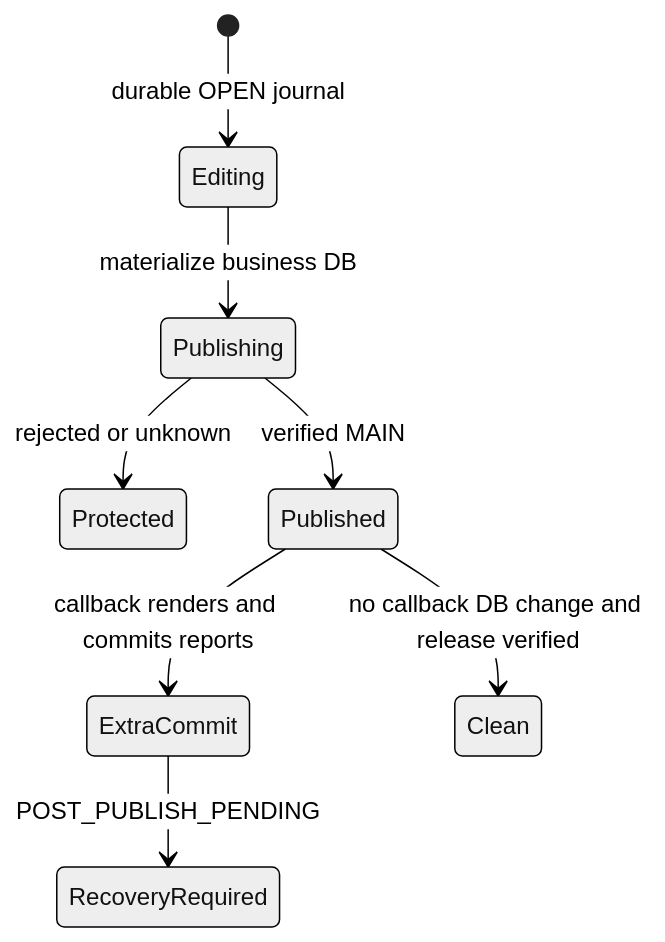
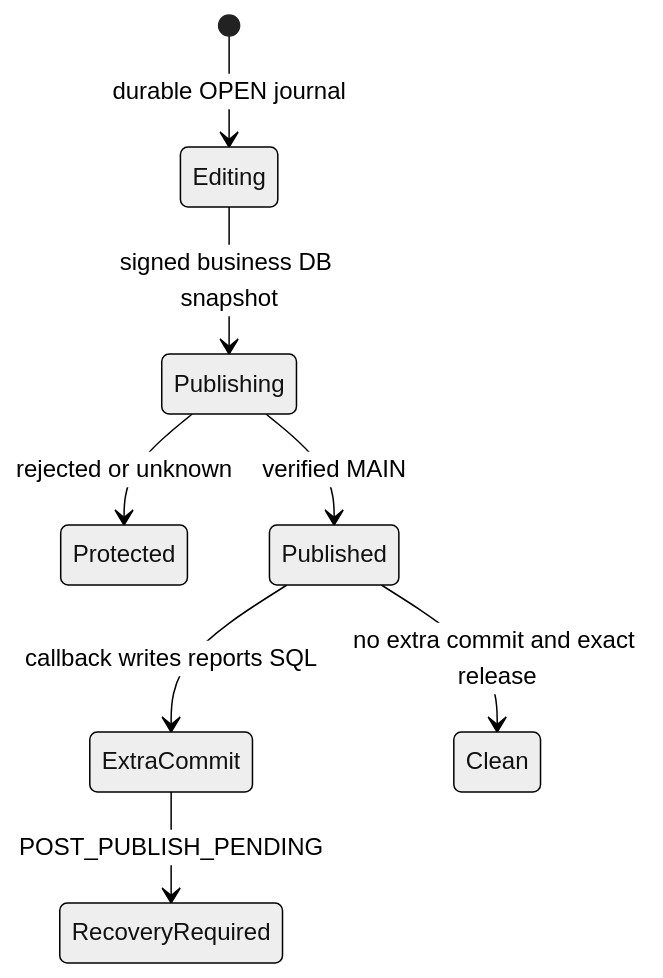
One commit to AnNguyenHoai/Antechkid_Management changed the first of 2 diagrams in CenterManager/docs/collaboration/E1B2A_POST_PUBLISH_DATA_CONSISTENCY.md. Above: the diagram before and after it, drawn with Mermaid (neutral theme). The commit also changed other lines of this file and 13 other files, not shown here.

````diff
--- a/CenterManager/docs/collaboration/E1B2A_POST_PUBLISH_DATA_CONSISTENCY.md
+++ b/CenterManager/docs/collaboration/E1B2A_POST_PUBLISH_DATA_CONSISTENCY.md
@@ -38,10 +42,10 @@
 ```mermaid
 stateDiagram-v2
     [*] --> Editing: durable OPEN journal
-    Editing --> Publishing: materialize business DB
+    Editing --> Publishing: signed business DB snapshot
     Publishing --> Protected: rejected or unknown
     Publishing --> Published: verified MAIN
-    Published --> ExtraCommit: callback renders and commits reports
+    Published --> ExtraCommit: callback writes reports SQL
     ExtraCommit --> RecoveryRequired: POST_PUBLISH_PENDING
-    Published --> Clean: no callback DB change and release verified
+    Published --> Clean: no extra commit and exact release
 ```
````
